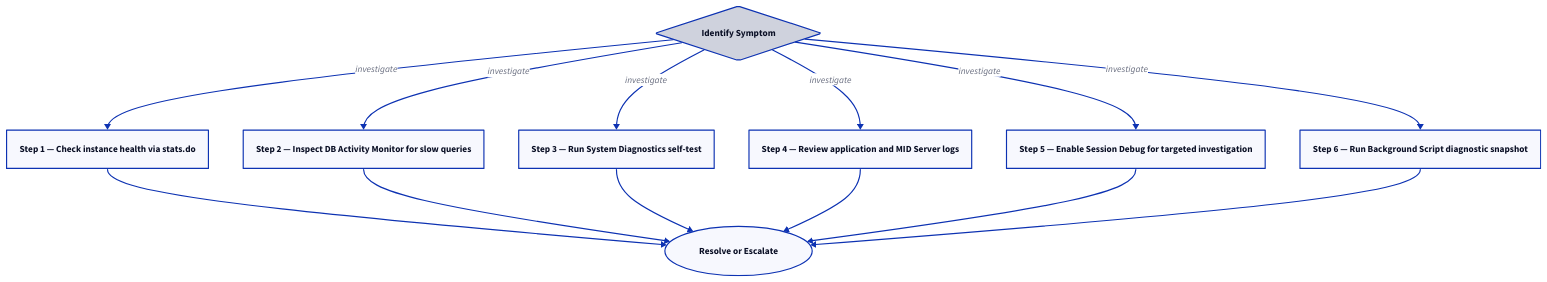
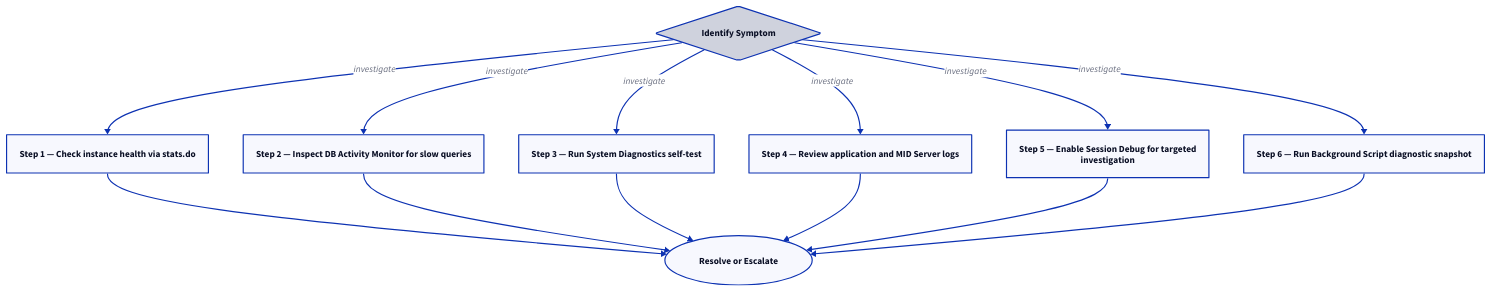
The second of 2 diagrams in docs/itsm/servicenow/troubleshooting/diagnostics/index.md (canast01/chris-kb), drawn with D2 before and after one commit. The commit also changed other lines of this file and 192 other files, not shown here.

````diff
--- a/docs/itsm/servicenow/troubleshooting/diagnostics/index.md
+++ b/docs/itsm/servicenow/troubleshooting/diagnostics/index.md
@@ -61,25 +61,25 @@
 ```d2
 direction: down
 
 symptom: Identify Symptom {shape: diamond}
 step_1_check_instance_health_via_sta: "Step 1 — Check instance health via stats.do" {shape: rectangle}
 step_2_inspect_db_activity_monitor_f: "Step 2 — Inspect DB Activity Monitor for slow queries" {shape: rectangle}
 step_3_run_system_diagnostics_selfte: "Step 3 — Run System Diagnostics self-test" {shape: rectangle}
 step_4_review_application_and_mid_se: "Step 4 — Review application and MID Server logs" {shape: rectangle}
-step_5_enable_session_debug_for_targ: "Step 5 — Enable Session Debug for targeted investigation" {shape: rectangle}
+step_5_enable_session_debug_for_targ: "Step 5 — Enable Session Debug for targeted\ninvestigation" {shape: rectangle}
 step_6_run_background_script_diagnos: "Step 6 — Run Background Script diagnostic snapshot" {shape: rectangle}
 resolution: Resolve or Escalate {shape: oval}
 
 symptom -> step_1_check_instance_health_via_sta: investigate
 symptom -> step_2_inspect_db_activity_monitor_f: investigate
 symptom -> step_3_run_system_diagnostics_selfte: investigate
 symptom -> step_4_review_application_and_mid_se: investigate
 symptom -> step_5_enable_session_debug_for_targ: investigate
 symptom -> step_6_run_background_script_diagnos: investigate
 step_1_check_instance_health_via_sta -> resolution
 step_2_inspect_db_activity_monitor_f -> resolution
 step_3_run_system_diagnostics_selfte -> resolution
 step_4_review_application_and_mid_se -> resolution
 step_5_enable_session_debug_for_targ -> resolution
 step_6_run_background_script_diagnos -> resolution
 ```
````
